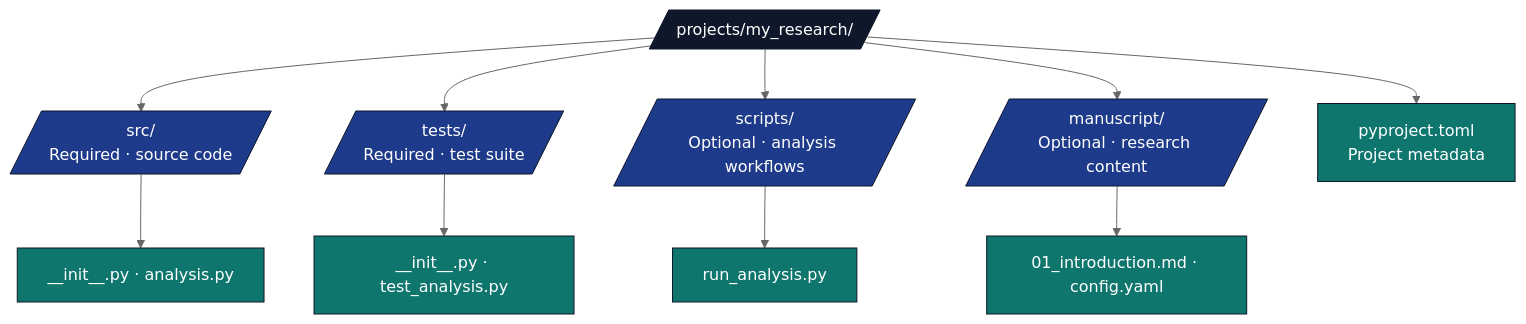
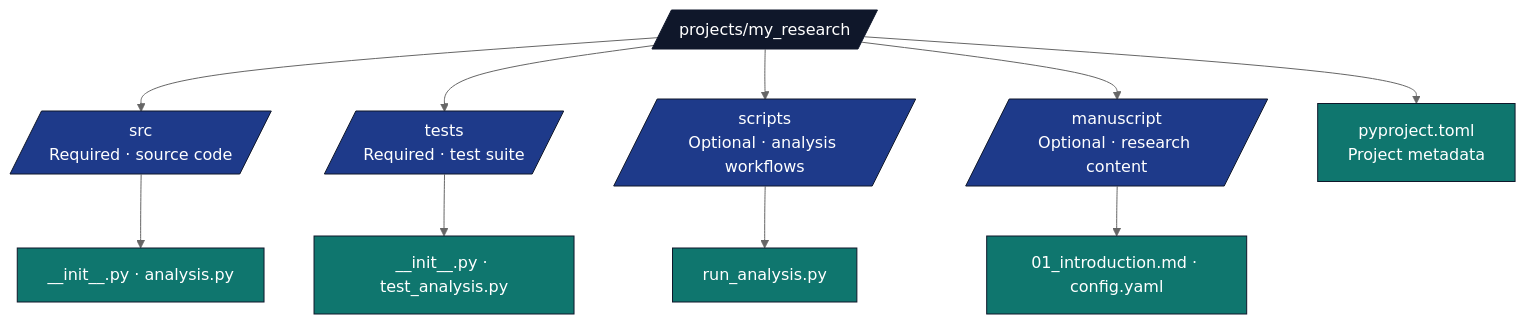
One commit to docxology/template changed the first of 2 diagrams in infrastructure/project/README.md. Above: the diagram before and after it, drawn with Mermaid (neutral theme). The commit also changed other lines of this file and 164 other files, not shown here.

````diff
--- a/infrastructure/project/README.md
+++ b/infrastructure/project/README.md
@@ -88,21 +88,21 @@
 ```mermaid
 flowchart TB
-    P[/projects/my_research//]
-    P --> SRC[/src/<br/>Required · source code/]
-    P --> T[/tests/<br/>Required · test suite/]
-    P --> SC[/scripts/<br/>Optional · analysis workflows/]
-    P --> M[/manuscript/<br/>Optional · research content/]
+    P[/projects/my_research/]
+    P --> SRC[/src<br/>Required · source code/]
+    P --> T[/tests<br/>Required · test suite/]
+    P --> SC[/scripts<br/>Optional · analysis workflows/]
+    P --> M[/manuscript<br/>Optional · research content/]
     P --> PY[pyproject.toml<br/>Project metadata]
 
     SRC --> SRC_F[__init__.py · analysis.py]
     T --> T_F[__init__.py · test_analysis.py]
     SC --> SC_F[run_analysis.py]
     M --> M_F[01_introduction.md · config.yaml]
 
     classDef d fill:#0f172a,stroke:#0f172a,color:#fff
     classDef pkg fill:#1e3a8a,stroke:#0f172a,color:#fff
     classDef f fill:#0f766e,stroke:#0f172a,color:#fff
     class P d
     class SRC,T,SC,M pkg
     class SRC_F,T_F,SC_F,M_F,PY f
 ```
````
